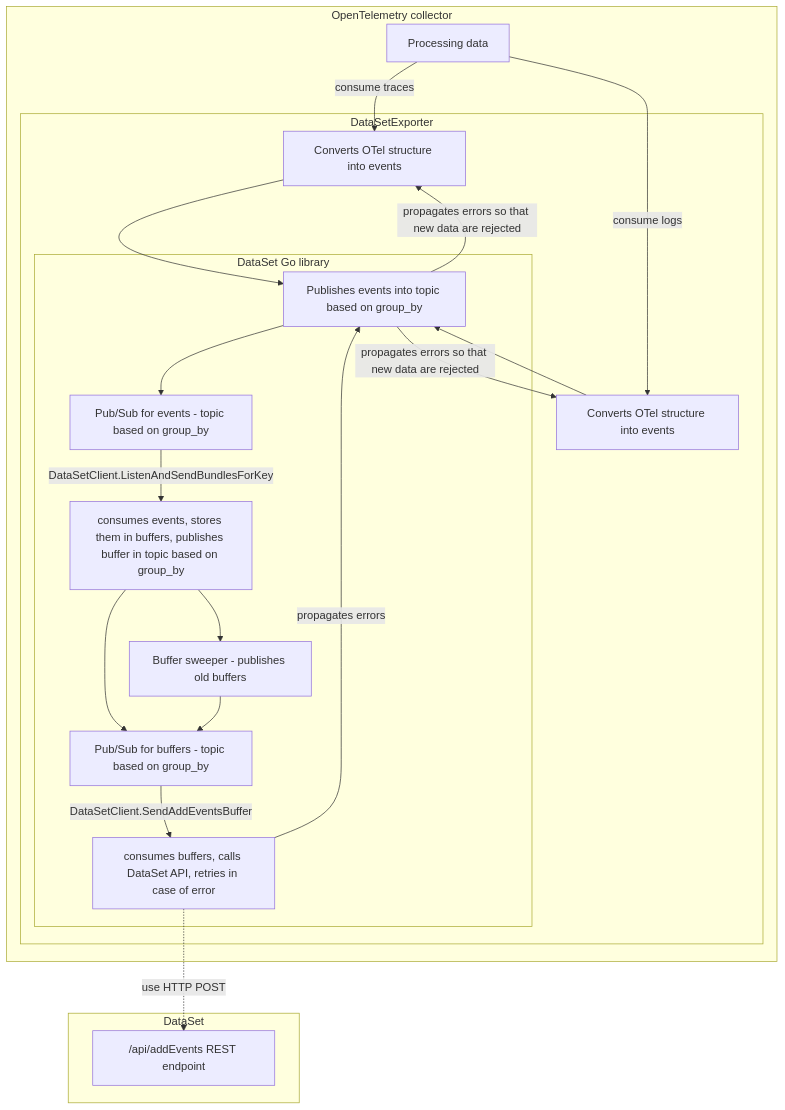
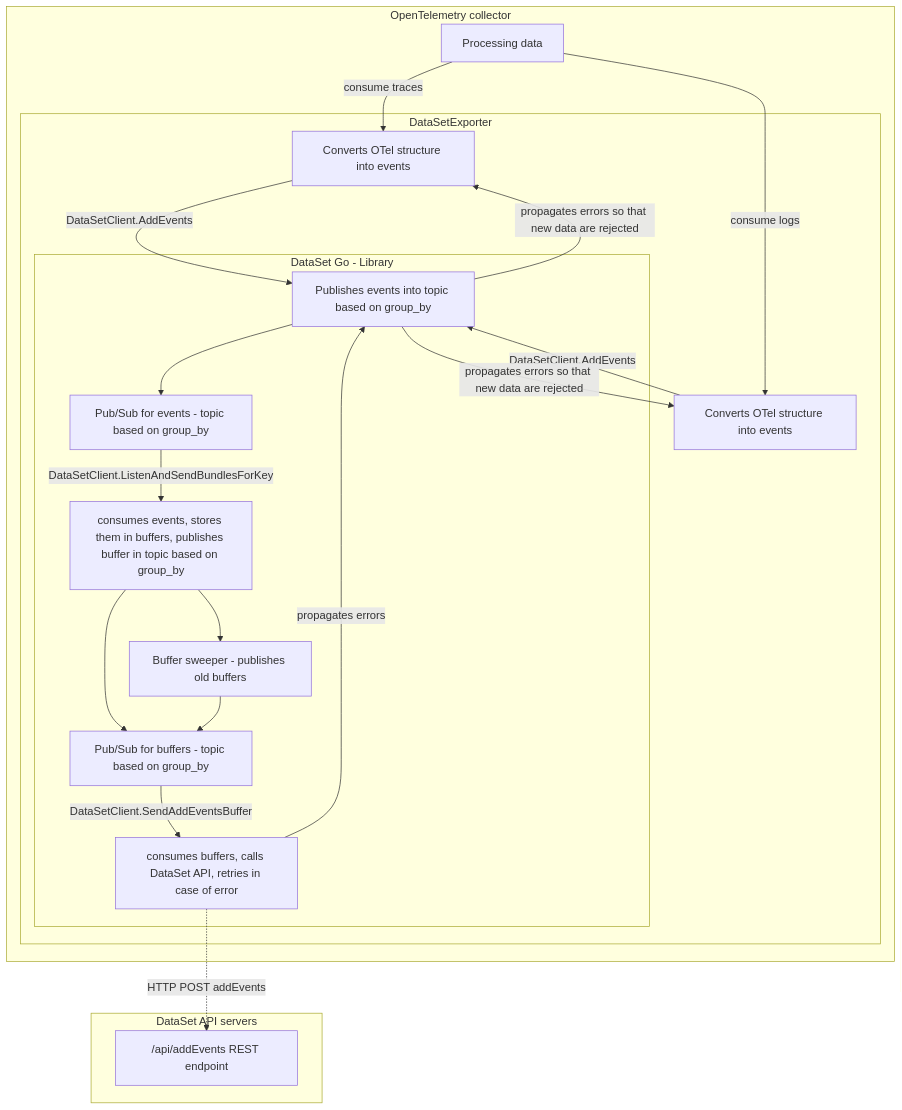
The diagram in README.md (scalyr/dataset-go), drawn with Mermaid before and after one commit.

Commit message:
DSET-3995 refactor - add mermaid graph

````diff
--- a/README.md
+++ b/README.md
@@ -104,34 +104,34 @@
 ```mermaid
 graph TB
-subgraph "DataSet"
+subgraph "DataSet API servers"
     DataSetApi["/api/addEvents REST endpoint"]
 end
 subgraph Collector[OpenTelemetry collector]
   collector[Processing data]
   collector --"consume traces"--> convTraces[Converts OTel structure into events]
   collector --"consume logs"--> convLogs[Converts OTel structure into events]
 
   subgraph DataSetExporter
     Publisher[Publishes events into topic based on group_by]
-    convLogs --> Publisher --propagates errors so that new data are rejected--> convLogs
-    convTraces --> Publisher --propagates errors so that new data are rejected--> convTraces
+    convLogs --DataSetClient.AddEvents--> Publisher --propagates errors so that new data are rejected--> convLogs
+    convTraces --DataSetClient.AddEvents--> Publisher --propagates errors so that new data are rejected--> convTraces
 
-    subgraph "DataSet Go library"
+    subgraph "DataSet Go - Library"
       PubSubEvents[Pub/Sub for events - topic based on group_by]
       EventsConsumer[consumes events, stores them in buffers, publishes buffer in topic based on group_by]
       PubSubBuffers[Pub/Sub for buffers - topic based on group_by]
       BufferConsumer[consumes buffers, calls DataSet API, retries in case of error]
       BufferSweeper[Buffer sweeper - publishes old buffers]
 
       Publisher -->  PubSubEvents
       PubSubEvents --"DataSetClient.ListenAndSendBundlesForKey"--> EventsConsumer
       EventsConsumer --> PubSubBuffers
       EventsConsumer --> BufferSweeper
       BufferSweeper --> PubSubBuffers
       PubSubBuffers --"DataSetClient.SendAddEventsBuffer"--> BufferConsumer
       BufferConsumer --"propagates errors"--> Publisher
-      BufferConsumer -."use HTTP POST".-> DataSetApi
+      BufferConsumer -."HTTP POST addEvents".-> DataSetApi
     end
   end
 end
 ```
````
